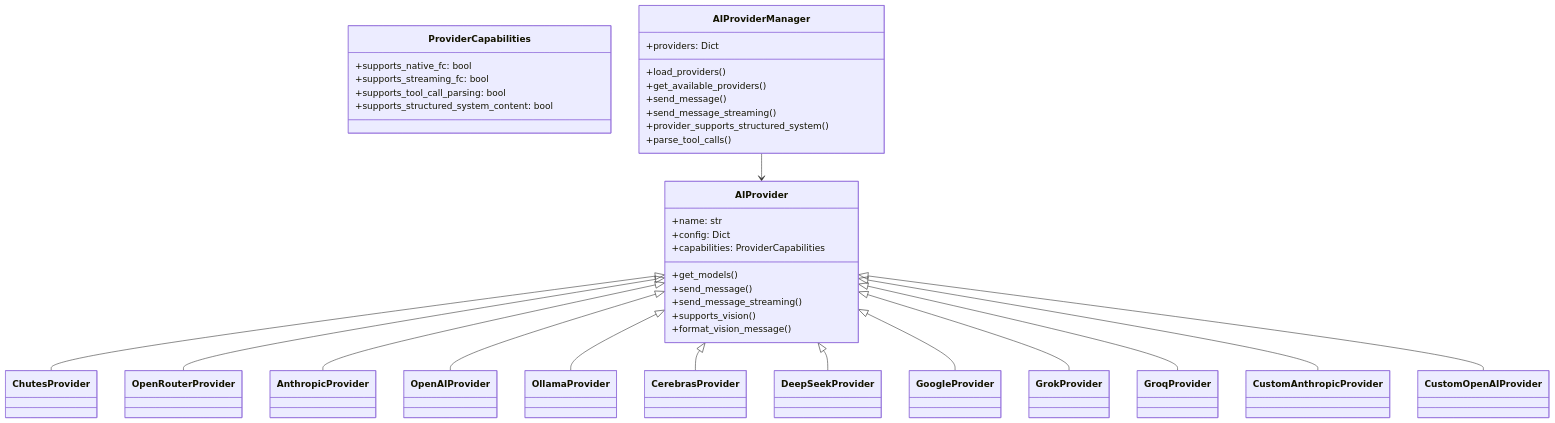
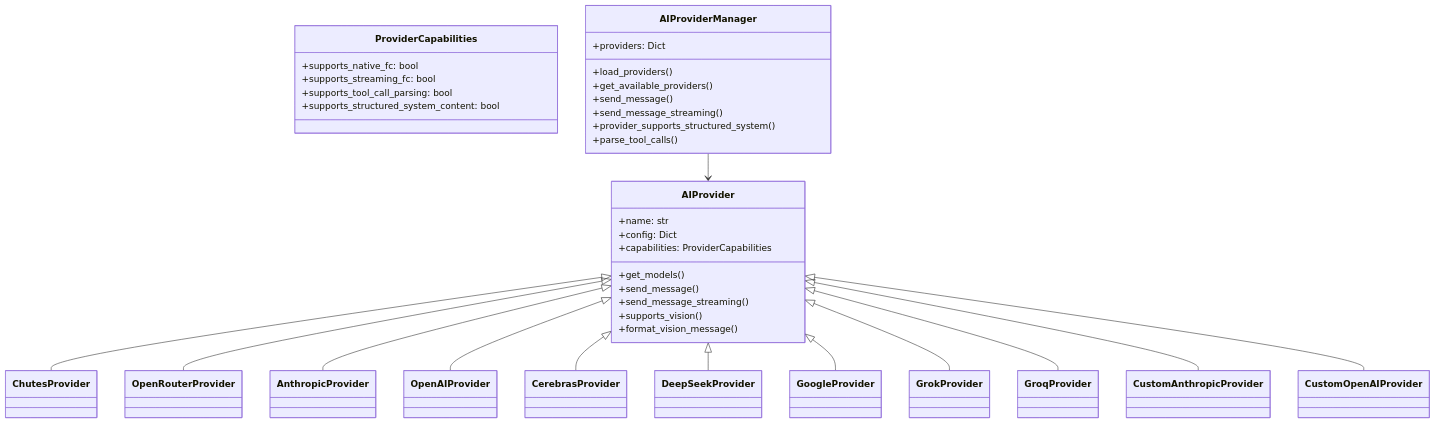
One commit to icedeyes12/yuzu-core changed the second of 7 diagrams in app/README.md. Above: the diagram before and after it, drawn with Mermaid. The commit also changed other lines of this file and 35 other files, not shown here.

````diff
--- a/app/README.md
+++ b/app/README.md
@@ -193,44 +193,43 @@
 ```mermaid
 classDiagram
     class AIProvider {
         +name: str
         +config: Dict
         +capabilities: ProviderCapabilities
         +get_models()
         +send_message()
         +send_message_streaming()
         +supports_vision()
         +format_vision_message()
     }
 
     class ProviderCapabilities {
         +supports_native_fc: bool
         +supports_streaming_fc: bool
         +supports_tool_call_parsing: bool
         +supports_structured_system_content: bool
     }
 
     class AIProviderManager {
         +providers: Dict
         +load_providers()
         +get_available_providers()
         +send_message()
         +send_message_streaming()
         +provider_supports_structured_system()
         +parse_tool_calls()
     }
 
     AIProvider <|-- ChutesProvider
     AIProvider <|-- OpenRouterProvider
     AIProvider <|-- AnthropicProvider
     AIProvider <|-- OpenAIProvider
-    AIProvider <|-- OllamaProvider
     AIProvider <|-- CerebrasProvider
     AIProvider <|-- DeepSeekProvider
     AIProvider <|-- GoogleProvider
     AIProvider <|-- GrokProvider
     AIProvider <|-- GroqProvider
     AIProvider <|-- CustomAnthropicProvider
     AIProvider <|-- CustomOpenAIProvider
     AIProviderManager --> AIProvider
 ```
````
